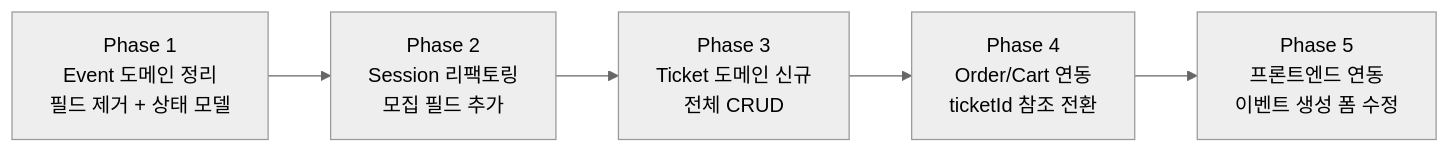
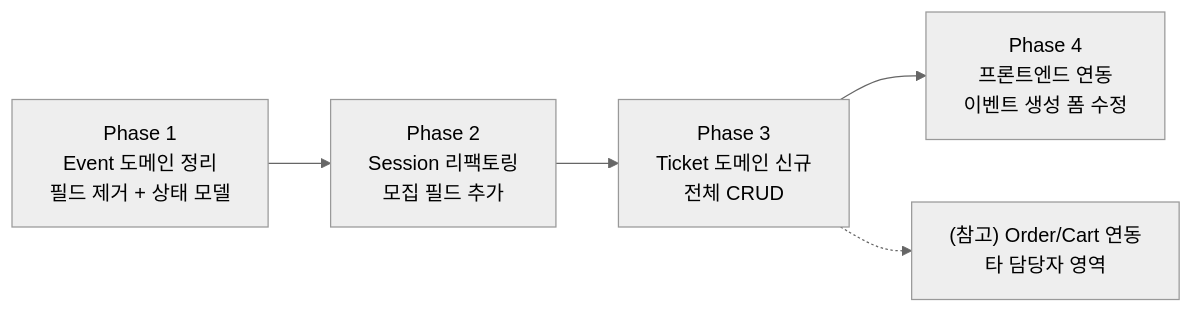
Before and after one commit to newlecture-ibm2/team3-jangane-venueon: the first of 3 diagrams in docs/이벤트_세션_티켓_CRUD_워크플로우.md, drawn with Mermaid (neutral theme). The commit also changed other lines of this file and 3 other files, not shown here.

````diff
--- a/docs/이벤트_세션_티켓_CRUD_워크플로우.md
+++ b/docs/이벤트_세션_티켓_CRUD_워크플로우.md
@@ -40,7 +40,7 @@
 ```mermaid
 graph LR
     P1["Phase 1<br/>Event 도메인 정리<br/>필드 제거 + 상태 모델"] --> P2["Phase 2<br/>Session 리팩토링<br/>모집 필드 추가"]
     P2 --> P3["Phase 3<br/>Ticket 도메인 신규<br/>전체 CRUD"]
-    P3 --> P4["Phase 4<br/>Order/Cart 연동<br/>ticketId 참조 전환"]
-    P4 --> P5["Phase 5<br/>프론트엔드 연동<br/>이벤트 생성 폼 수정"]
+    P3 --> P4["Phase 4<br/>프론트엔드 연동<br/>이벤트 생성 폼 수정"]
+    P3 -.-> P5["(참고) Order/Cart 연동<br/>타 담당자 영역"]
 ```
````
